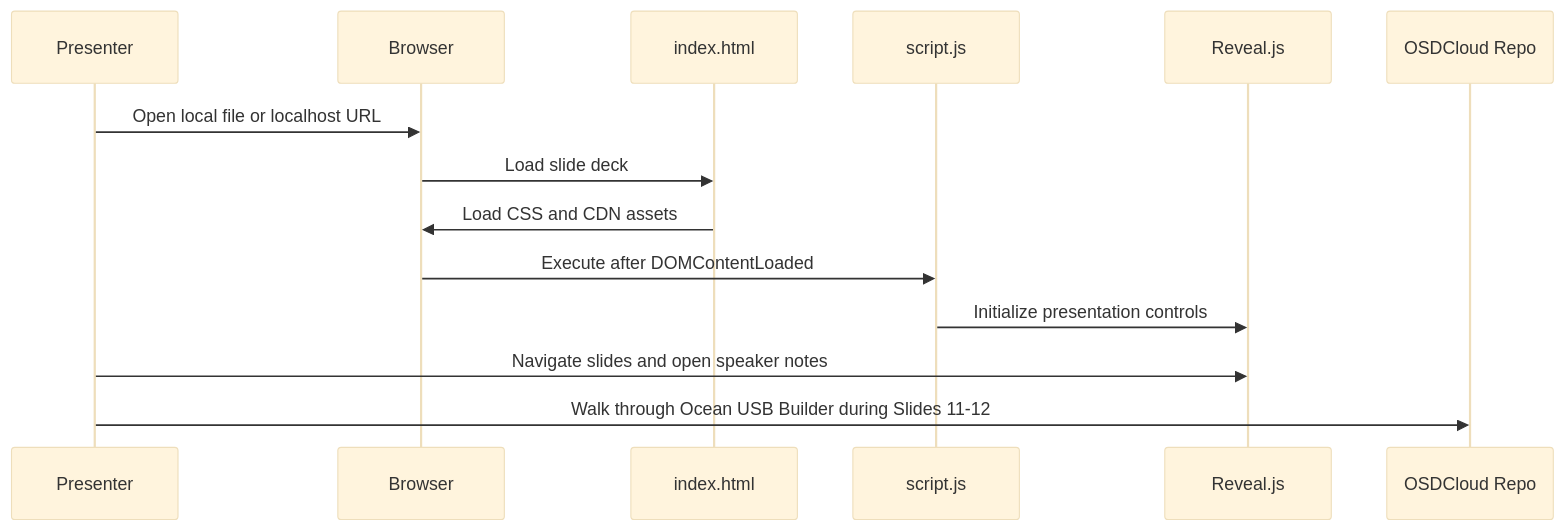
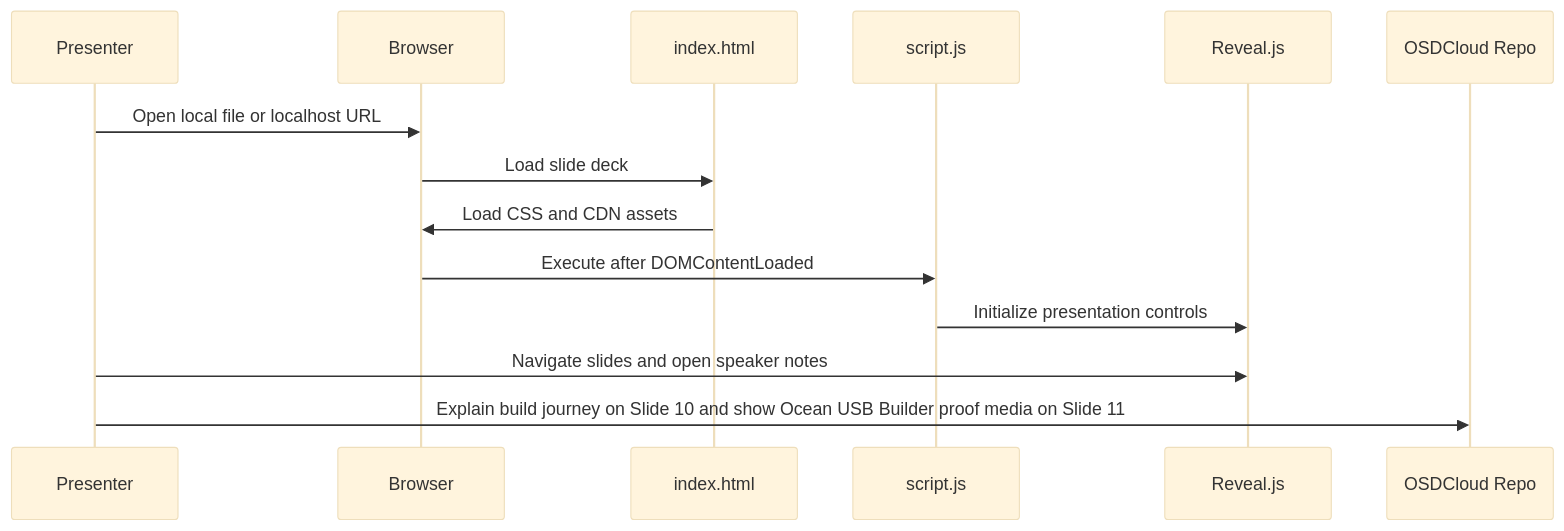
Before and after one commit to Kyo93/AI-Showcase: the second of 2 diagrams in docs/architecture.md, drawn with Mermaid (base theme). The commit also changed other lines of this file and 44 other files, not shown here.

Commit message:
feat: refine slide deck: cinematic cover, survey command center, Adam thanks slide, GSAP motion system, demo proof media, and style cleanup

````diff
--- a/docs/architecture.md
+++ b/docs/architecture.md
@@ -56,17 +56,17 @@
 ```mermaid
 sequenceDiagram
     participant P as Presenter
     participant B as Browser
     participant H as index.html
     participant S as script.js
     participant R as Reveal.js
     participant O as OSDCloud Repo
 
     P->>B: Open local file or localhost URL
     B->>H: Load slide deck
     H->>B: Load CSS and CDN assets
     B->>S: Execute after DOMContentLoaded
     S->>R: Initialize presentation controls
     P->>R: Navigate slides and open speaker notes
-    P->>O: Walk through Ocean USB Builder during Slides 11-12
+    P->>O: Explain build journey on Slide 10 and show Ocean USB Builder proof media on Slide 11
 ```
````
